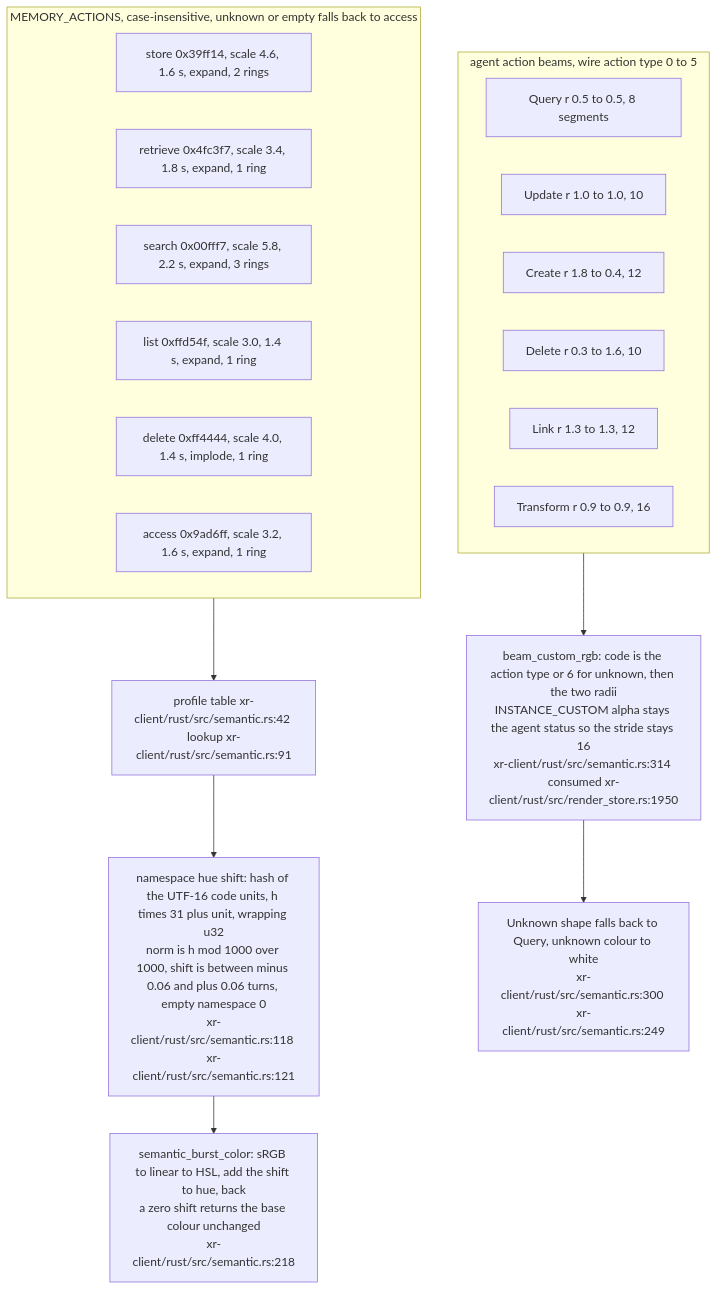
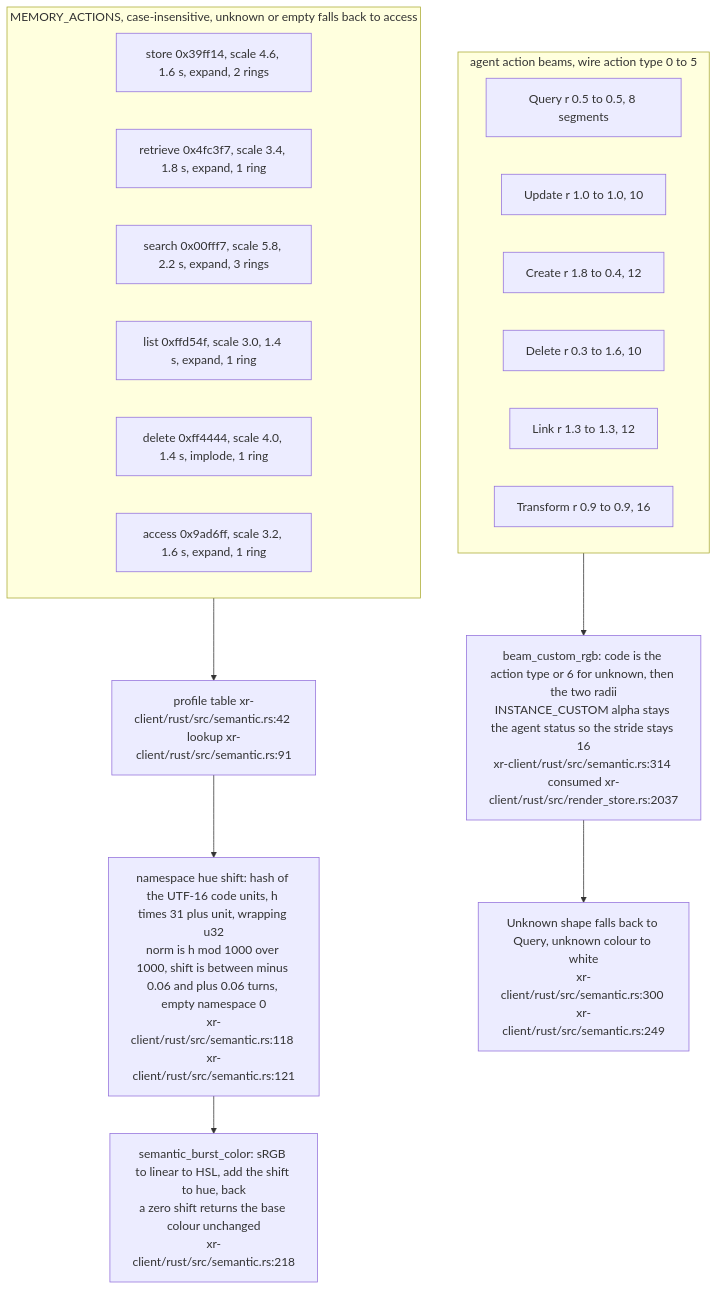
Diagram 19 of 19 in docs/diagrams/visionclaw/38-xr-memory-cloud-internals.md (DreamLab-AI/VisionFlow), drawn with Mermaid before and after one commit. The commit also changed other lines of this file and 160 other files, not shown here.

````diff
--- a/docs/diagrams/visionclaw/38-xr-memory-cloud-internals.md
+++ b/docs/diagrams/visionclaw/38-xr-memory-cloud-internals.md
@@ -710,27 +710,27 @@
 ```mermaid
 flowchart TB
     subgraph verbs["MEMORY_ACTIONS, case-insensitive, unknown or empty falls back to access"]
         V0["store 0x39ff14, scale 4.6, 1.6 s, expand, 2 rings"]
         V1["retrieve 0x4fc3f7, scale 3.4, 1.8 s, expand, 1 ring"]
         V2["search 0x00fff7, scale 5.8, 2.2 s, expand, 3 rings"]
         V3["list 0xffd54f, scale 3.0, 1.4 s, expand, 1 ring"]
         V4["delete 0xff4444, scale 4.0, 1.4 s, implode, 1 ring"]
         V5["access 0x9ad6ff, scale 3.2, 1.6 s, expand, 1 ring"]
     end
     SRC["profile table xr-client/rust/src/semantic.rs:42 lookup xr-client/rust/src/semantic.rs:91"]
     HUE["namespace hue shift: hash of the UTF-16 code units, h times 31 plus unit, wrapping u32<br/>norm is h mod 1000 over 1000, shift is between minus 0.06 and plus 0.06 turns, empty namespace 0<br/>xr-client/rust/src/semantic.rs:118 xr-client/rust/src/semantic.rs:121"]
     COL["semantic_burst_color: sRGB to linear to HSL, add the shift to hue, back<br/>a zero shift returns the base colour unchanged<br/>xr-client/rust/src/semantic.rs:218"]
     subgraph beams["agent action beams, wire action type 0 to 5"]
         B0["Query r 0.5 to 0.5, 8 segments"]
         B1["Update r 1.0 to 1.0, 10"]
         B2["Create r 1.8 to 0.4, 12"]
         B3["Delete r 0.3 to 1.6, 10"]
         B4["Link r 1.3 to 1.3, 12"]
         B5["Transform r 0.9 to 0.9, 16"]
     end
-    BEAM["beam_custom_rgb: code is the action type or 6 for unknown, then the two radii<br/>INSTANCE_CUSTOM alpha stays the agent status so the stride stays 16<br/>xr-client/rust/src/semantic.rs:314 consumed xr-client/rust/src/render_store.rs:1950"]
+    BEAM["beam_custom_rgb: code is the action type or 6 for unknown, then the two radii<br/>INSTANCE_CUSTOM alpha stays the agent status so the stride stays 16<br/>xr-client/rust/src/semantic.rs:314 consumed xr-client/rust/src/render_store.rs:2037"]
     verbs --> SRC --> HUE --> COL
     beams --> BEAM
     N1["Unknown shape falls back to Query, unknown colour to white<br/>xr-client/rust/src/semantic.rs:300 xr-client/rust/src/semantic.rs:249"]
     BEAM --> N1
 ```
````
